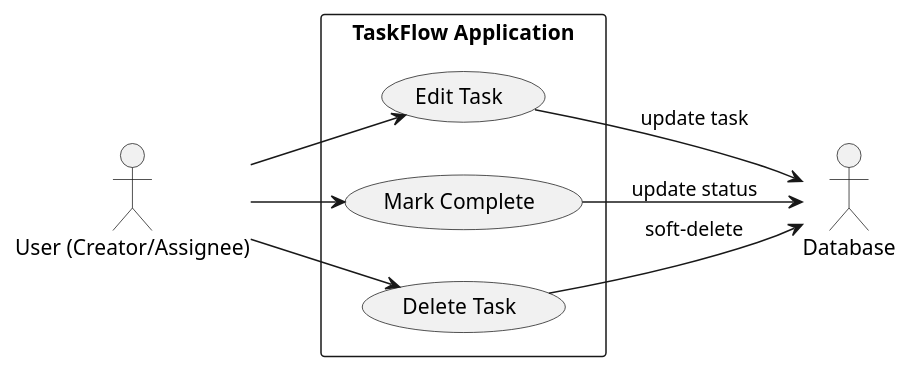
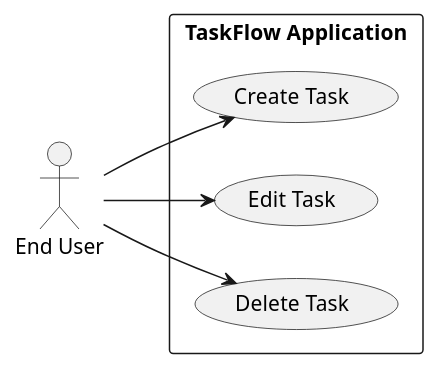
Before and after one commit to Chaman532003/framework: the third of 5 diagrams in artifacts/spec/spec.md, drawn with PlantUML. The commit also changed other lines of this file, not shown here.

Commit message:
[Propel IQ] Generate create_spec

````diff
--- a/artifacts/spec/spec.md
+++ b/artifacts/spec/spec.md
@@ -240,17 +422,19 @@
 ```plantuml
 @startuml
 left to right direction
-actor "User (Creator/Assignee)" as User
+skinparam packageStyle rectangle
+
+actor "End User" as User
+
 rectangle "TaskFlow Application" {
-  usecase (Edit Task) as ET
-  usecase (Mark Complete) as MC
-  usecase (Delete Task) as DT
+  usecase (Create Task) as UC3a
+  usecase (Edit Task) as UC3b
+  usecase (Delete Task) as UC3c
 }
-User --> ET
-User --> MC
-User --> DT
-ET --> "Database" : update task
-MC --> "Database" : update status
-DT --> "Database" : soft-delete
+
+User --> UC3a
+User --> UC3b
+User --> UC3c
+
 @enduml
 ```
````
